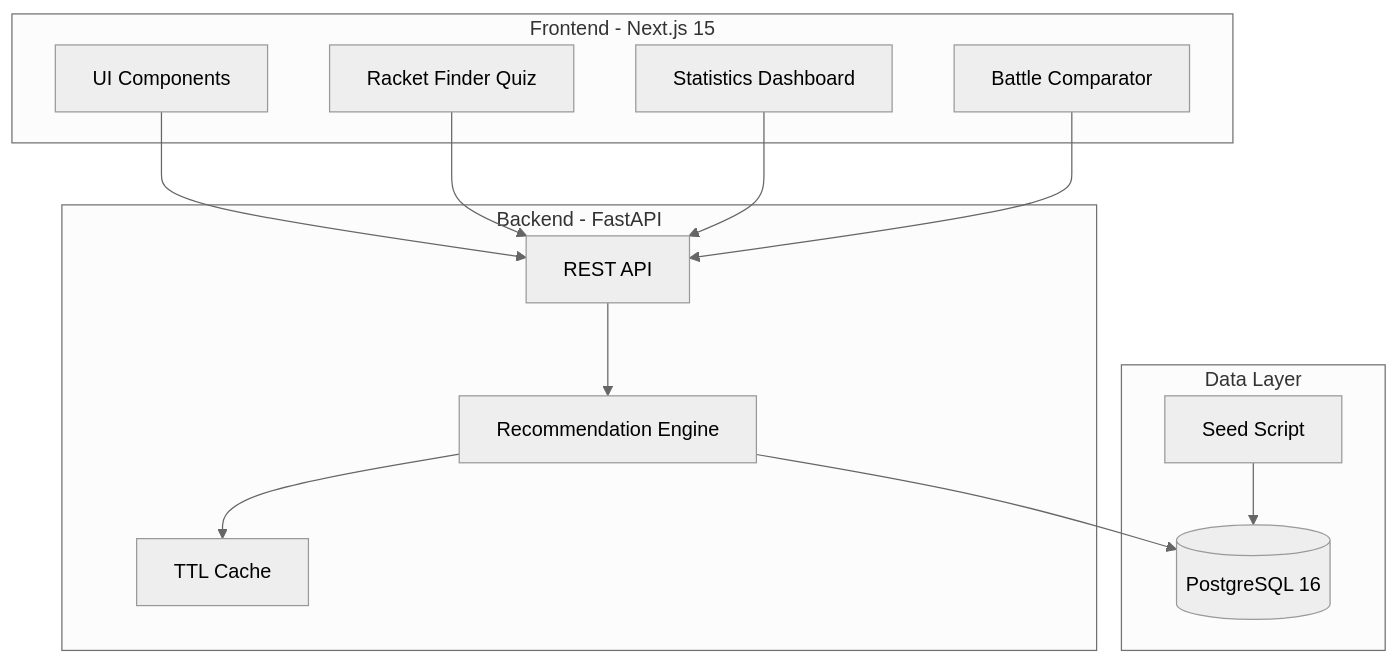
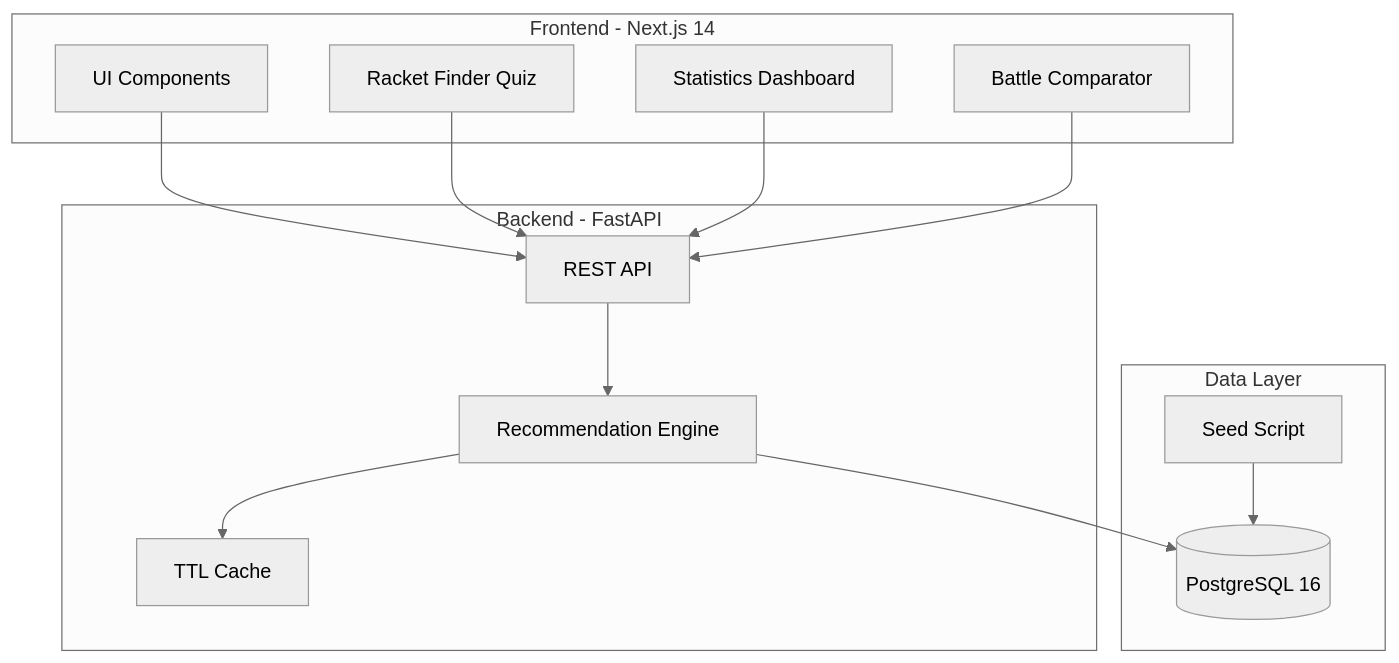
One commit to diegopereira93/sliceinsights changed the first of 2 diagrams in docs/ARCHITECTURE.md. Above: the diagram before and after it, drawn with Mermaid (neutral theme). The commit also changed other lines of this file and 19 other files, not shown here.

````diff
--- a/docs/ARCHITECTURE.md
+++ b/docs/ARCHITECTURE.md
@@ -11,29 +11,29 @@
 ```mermaid
 graph TB
-    subgraph "Frontend - Next.js 15"
+    subgraph "Frontend - Next.js 14"
         UI[UI Components]
         Quiz[Racket Finder Quiz]
         Stats[Statistics Dashboard]
         Comparator[Battle Comparator]
     end
     
     subgraph "Backend - FastAPI"
         API[REST API]
         Engine[Recommendation Engine]
         Cache[TTL Cache]
     end
     
     subgraph "Data Layer"
         DB[(PostgreSQL 16)]
         Seed[Seed Script]
     end
     
     UI --> API
     Quiz --> API
     Stats --> API
     Comparator --> API
     API --> Engine
     Engine --> Cache
     Engine --> DB
     Seed --> DB
 ```
````
